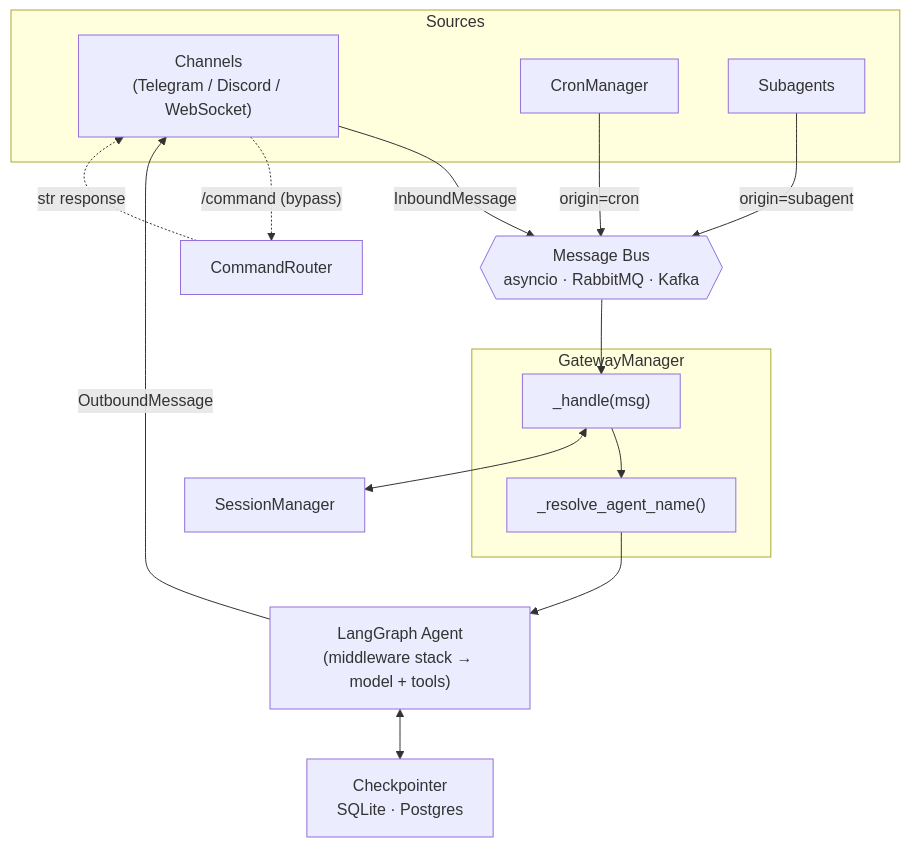
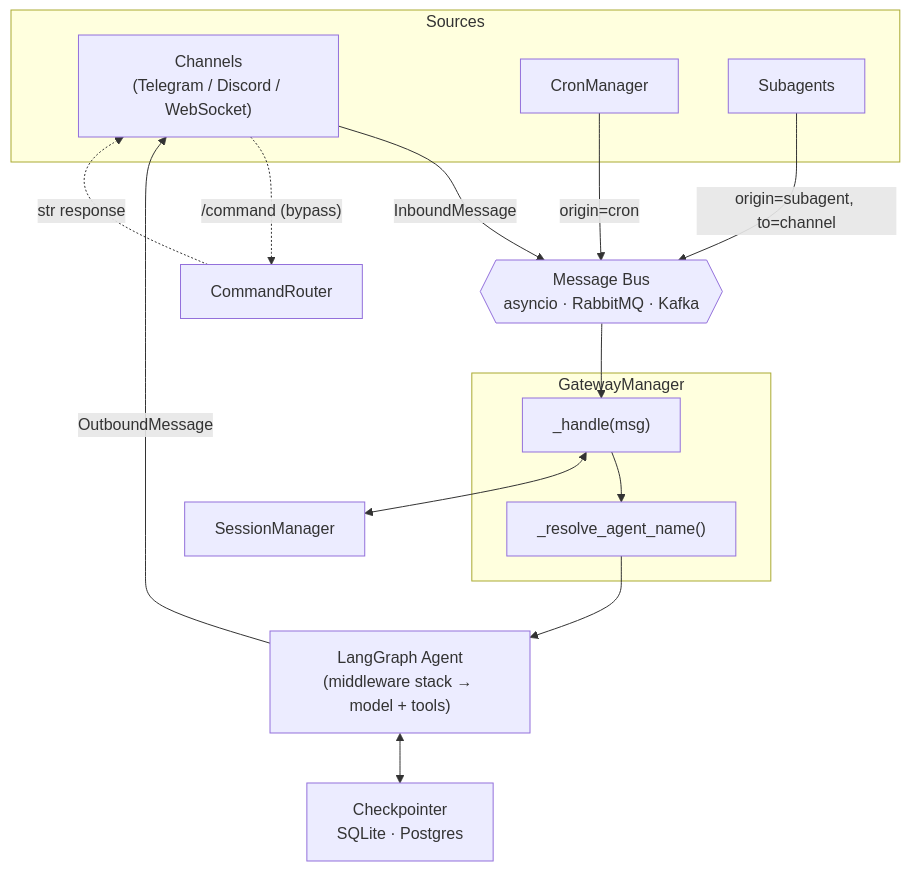
The diagram in docs/guides/architecture.md (tisu19021997/langclaw), drawn with Mermaid before and after one commit. The commit also changed other lines of this file and 17 other files, not shown here.

````diff
--- a/docs/guides/architecture.md
+++ b/docs/guides/architecture.md
@@ -7,27 +7,27 @@
 ```mermaid
 flowchart TB
     subgraph Sources
         CH["Channels\n(Telegram / Discord / WebSocket)"]
         CRON["CronManager"]
         SUB["Subagents"]
     end
     BUS{{"Message Bus\nasyncio · RabbitMQ · Kafka"}}
     subgraph Gateway["GatewayManager"]
         HANDLE["_handle(msg)"]
         RESOLVE["_resolve_agent_name()"]
     end
     AGENT["LangGraph Agent\n(middleware stack → model + tools)"]
     SESS["SessionManager"]
     CP["Checkpointer\nSQLite · Postgres"]
     CMD["CommandRouter"]
 
     CH -- "InboundMessage" --> BUS
     CRON -- "origin=cron" --> BUS
-    SUB -- "origin=subagent" --> BUS
+    SUB -- "origin=subagent, to=channel" --> BUS
     CH -. "/command (bypass)" .-> CMD
     CMD -. "str response" .-> CH
     BUS --> HANDLE --> RESOLVE --> AGENT
     HANDLE <--> SESS
     AGENT <--> CP
     AGENT -- "OutboundMessage" --> CH
 ```
````
